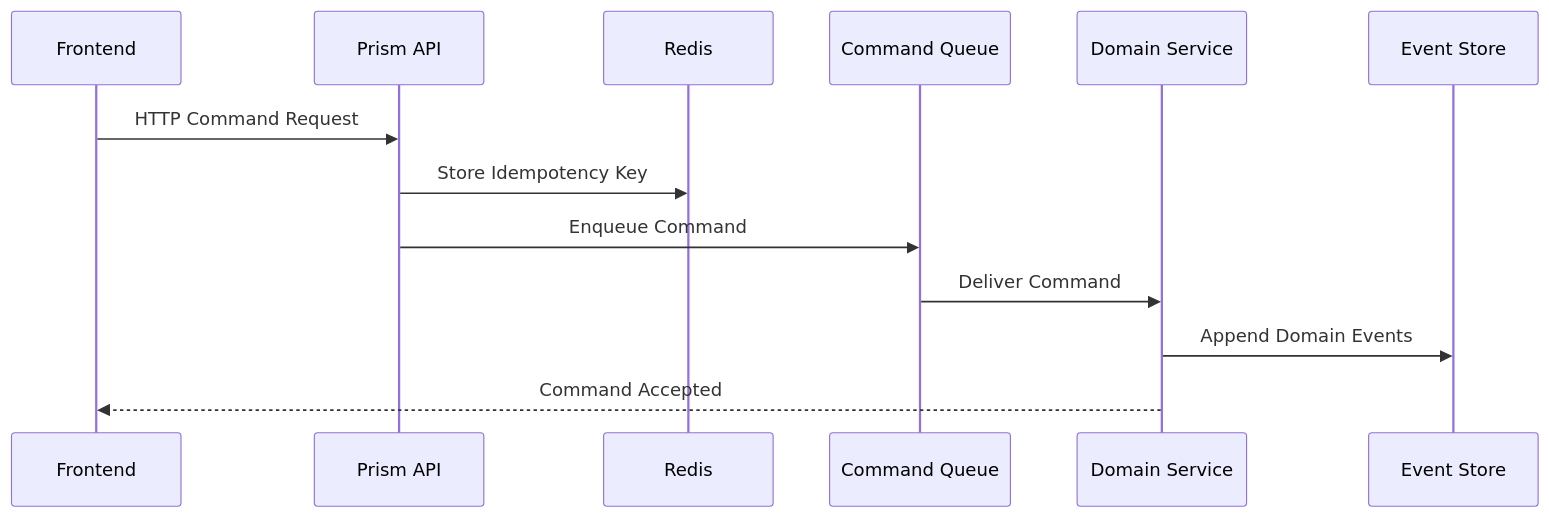
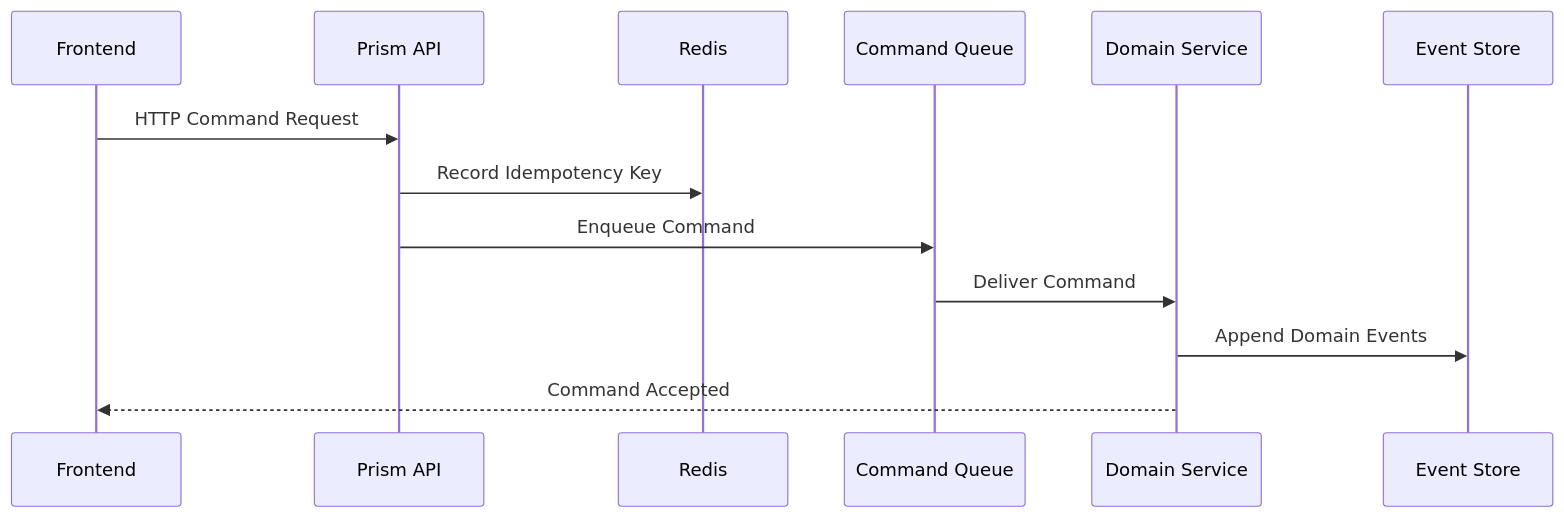
One commit to MisterVVP/prism-plan changed the first of 2 diagrams in docs/event_flow.md. Above: the diagram before and after it, drawn with Mermaid. The commit also changed 8 other files, not shown here.

````diff
--- a/docs/event_flow.md
+++ b/docs/event_flow.md
@@ -7,16 +7,16 @@
 ```mermaid
 sequenceDiagram
     participant UI as Frontend
     participant API as Prism API
     participant RS as Redis
     participant CQ as Command Queue
     participant DS as Domain Service
     participant ES as Event Store
 
     UI->>API: HTTP Command Request
-    API->>RS: Store Idempotency Key
+    API->>RS: Record Idempotency Key
     API->>CQ: Enqueue Command
     CQ->>DS: Deliver Command
     DS->>ES: Append Domain Events
     DS-->>UI: Command Accepted
 ```
````
